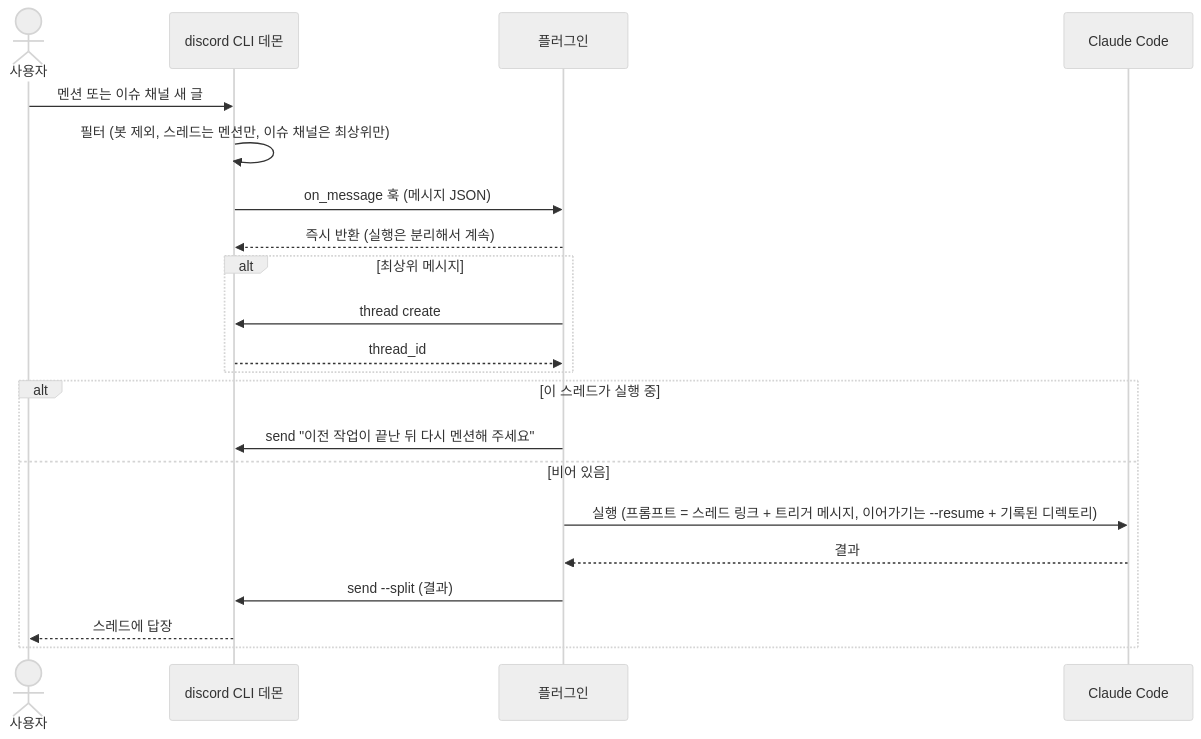
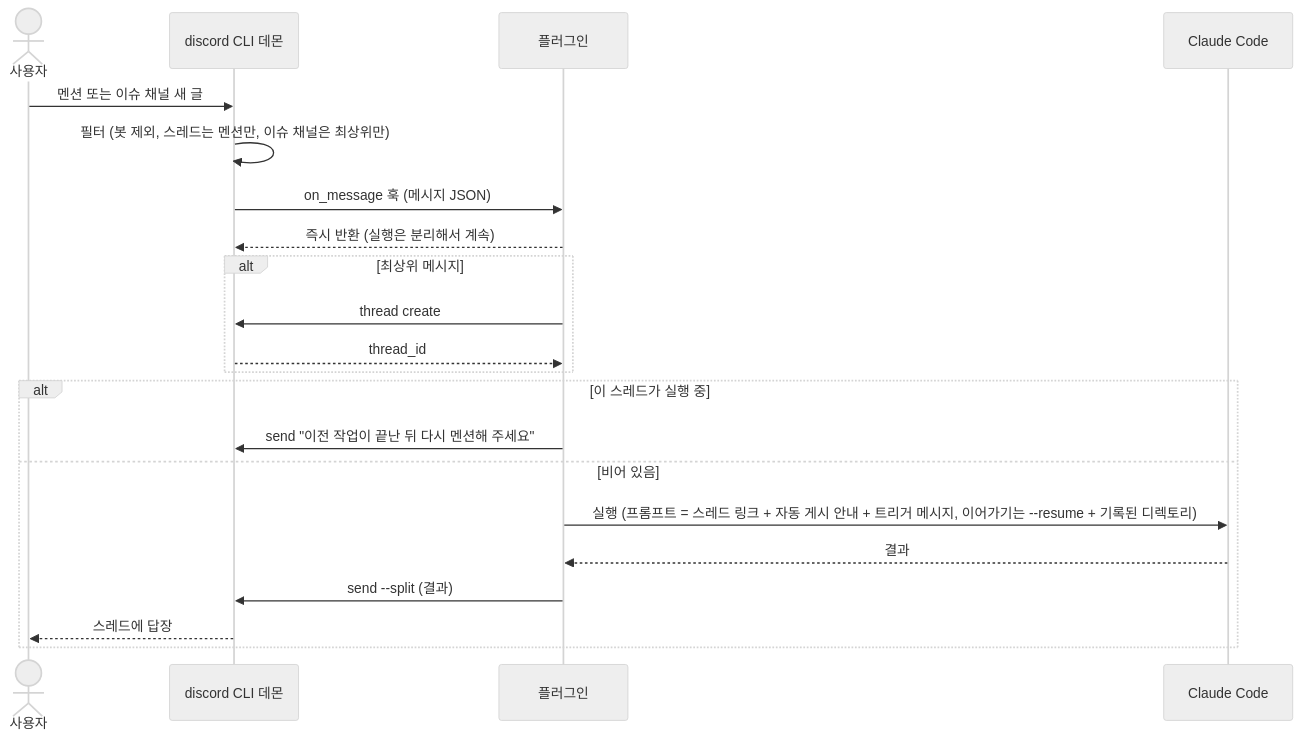
One commit to kys0213/kys-claude-plugin changed the diagram in plugins/discord-connector/spec/flows/01-trigger-to-reply.md. Above: the diagram before and after it, drawn with Mermaid (neutral theme). The commit also changed other lines of this file and 3 other files, not shown here.

````diff
--- a/plugins/discord-connector/spec/flows/01-trigger-to-reply.md
+++ b/plugins/discord-connector/spec/flows/01-trigger-to-reply.md
@@ -11,24 +11,24 @@
 ```mermaid
 sequenceDiagram
     actor U as 사용자
     participant D as discord CLI 데몬
     participant P as 플러그인
     participant C as Claude Code
 
     U->>D: 멘션 또는 이슈 채널 새 글
     D->>D: 필터 (봇 제외, 스레드는 멘션만, 이슈 채널은 최상위만)
     D->>P: on_message 훅 (메시지 JSON)
     P-->>D: 즉시 반환 (실행은 분리해서 계속)
     alt 최상위 메시지
         P->>D: thread create
         D-->>P: thread_id
     end
     alt 이 스레드가 실행 중
         P->>D: send "이전 작업이 끝난 뒤 다시 멘션해 주세요"
     else 비어 있음
-        P->>C: 실행 (프롬프트 = 스레드 링크 + 트리거 메시지, 이어가기는 --resume + 기록된 디렉토리)
+        P->>C: 실행 (프롬프트 = 스레드 링크 + 자동 게시 안내 + 트리거 메시지, 이어가기는 --resume + 기록된 디렉토리)
         C-->>P: 결과
         P->>D: send --split (결과)
         D-->>U: 스레드에 답장
     end
 ```
````
